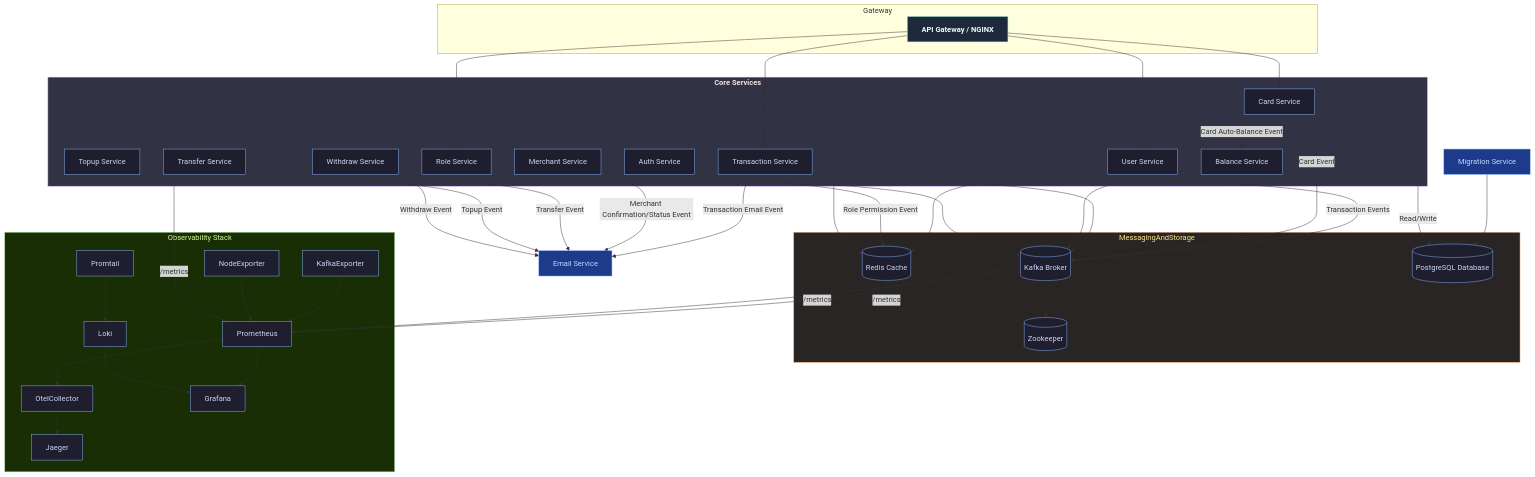
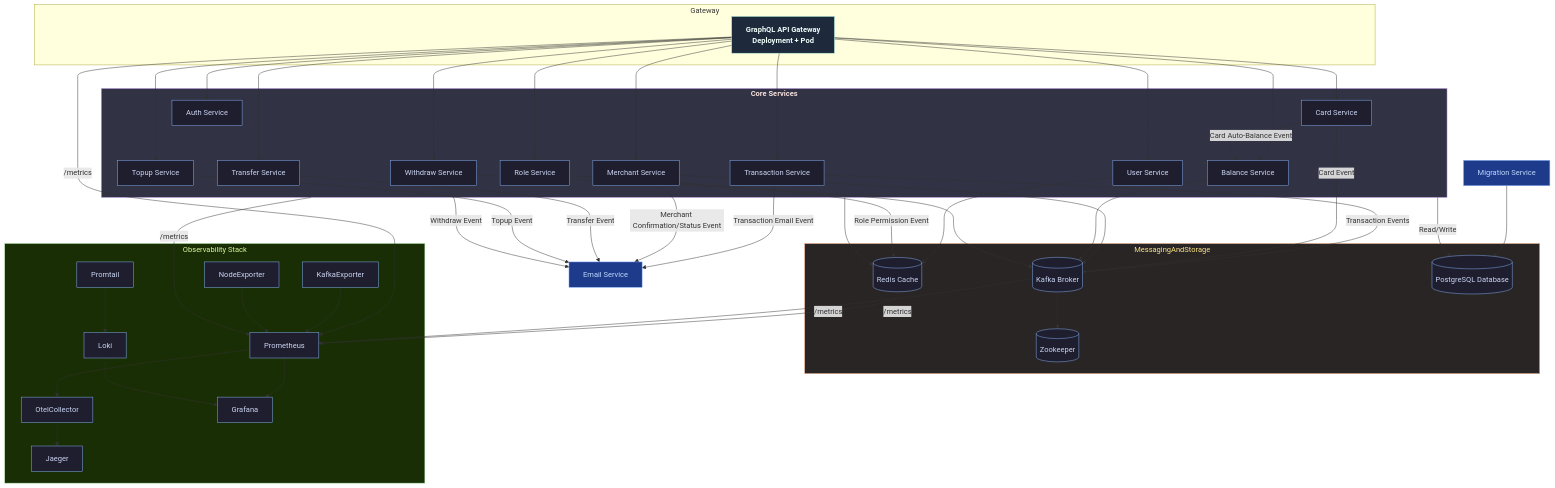
Before and after one commit to MamangRust/monolith-graphql-paymentgateway-grpc: the first of 2 diagrams in README.md, drawn with Mermaid. The commit also changed other lines of this file and 21 other files, not shown here.

````diff
--- a/README.md
+++ b/README.md
@@ -211,10 +210,10 @@
 ```mermaid
 flowchart TD
     %% ======================
-    %% API Gateway
+    %% API Gateway (GraphQL)
     %% ======================
     subgraph Gateway
-        NGINX[API Gateway / NGINX]
+        GQL[GraphQL API Gateway\n Deployment + Pod]
     end
 
     %% ======================
@@ -266,10 +265,16 @@
     %% ======================
     %% Gateway Connections
     %% ======================
-    NGINX --> TS
-    NGINX --> CS
-    NGINX --> US
-    NGINX --> RS
+    GQL --> TS
+    GQL --> CS
+    GQL --> US
+    GQL --> RS
+    GQL --> MS
+    GQL --> BS
+    GQL --> AS
+    GQL --> TRS
+    GQL --> TUS
+    GQL --> WS
 
     %% ======================
     %% Core Service Connections
@@ -308,6 +313,7 @@
     %% Observability Connections
     %% ======================
     CoreServices -->|/metrics| Prometheus
+    GQL -->|/metrics| Prometheus
     Redis -->|/metrics| Prometheus
     Kafka -->|/metrics| Prometheus
     Promtail --> Loki
@@ -318,7 +324,9 @@
     Prometheus --> OtelCollector
     OtelCollector --> Jaeger
 
-
+    %% ======================
+    %% STYLING
+    %% ======================
     classDef default fill:#1e1e2e,stroke:#89b4fa,color:#cdd6f4,stroke-width:1px;
     classDef gateway fill:#1e293b,stroke:#94e2d5,color:#f0fdfa,font-weight:bold;
     classDef core fill:#313244,stroke:#cba6f7,color:#f5e0dc,font-weight:bold;
@@ -326,13 +334,10 @@
     classDef observ fill:#1a2e05,stroke:#a6e3a1,color:#d9f99d;
     classDef misc fill:#1e3a8a,stroke:#89b4fa,color:#bfdbfe;
 
-
-
     %% Assign classes
-    class NGINX gateway;
+    class GQL gateway;
     class CoreServices core;
     class MessagingAndStorage infra;
     class ObservabilityStack observ;
     class EmailS,Migration misc;
-
 ```
````
